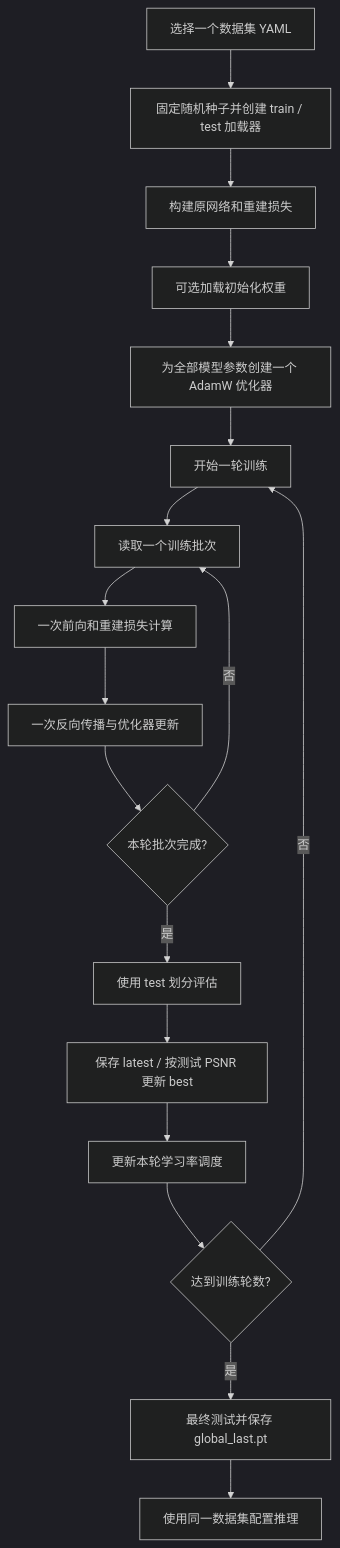
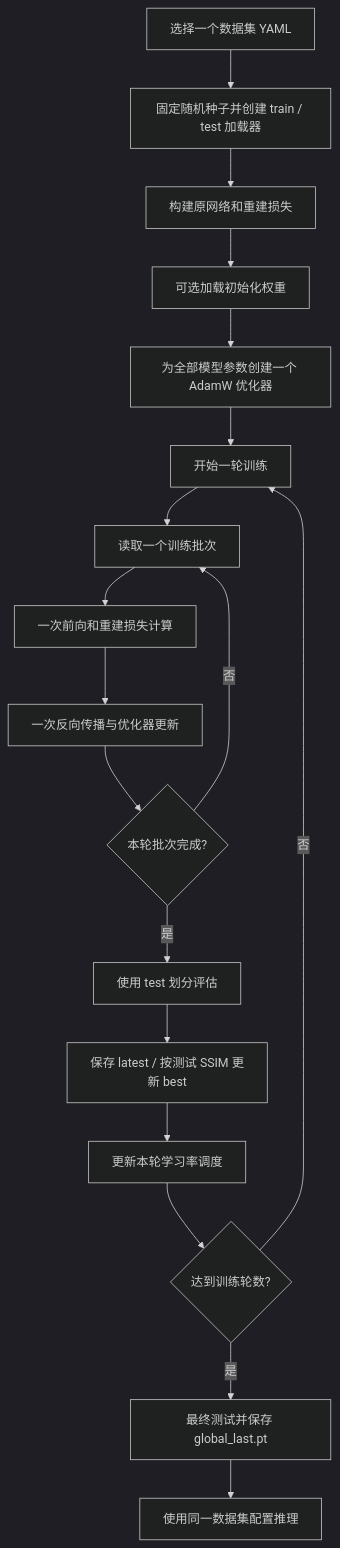
Before and after one commit to fehon999/Laevlight: the diagram in docs/event_guided_dunet_flow.md, drawn with Mermaid (dark theme). The commit also changed 5 other files, not shown here.

Commit message:
Select best checkpoints by test SSIM

````diff
--- a/docs/event_guided_dunet_flow.md
+++ b/docs/event_guided_dunet_flow.md
@@ -35,20 +35,20 @@
 ```mermaid
 flowchart TD
     C[选择一个数据集 YAML] --> D[固定随机种子并创建 train / test 加载器]
     D --> M[构建原网络和重建损失]
     M --> W[可选加载初始化权重]
     W --> O[为全部模型参数创建一个 AdamW 优化器]
     O --> E[开始一轮训练]
     E --> B[读取一个训练批次]
     B --> F[一次前向和重建损失计算]
     F --> G[一次反向传播与优化器更新]
     G --> Q{本轮批次完成?}
     Q -- 否 --> B
     Q -- 是 --> T[使用 test 划分评估]
-    T --> S[保存 latest / 按测试 PSNR 更新 best]
+    T --> S[保存 latest / 按测试 SSIM 更新 best]
     S --> L[更新本轮学习率调度]
     L --> N{达到训练轮数?}
     N -- 否 --> E
     N -- 是 --> V[最终测试并保存 global_last.pt]
     V --> I[使用同一数据集配置推理]
 ```
````
